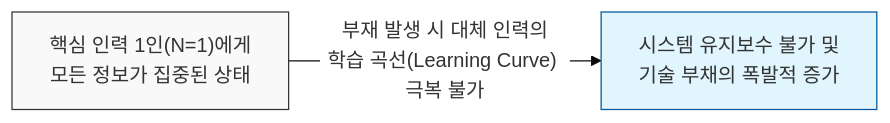
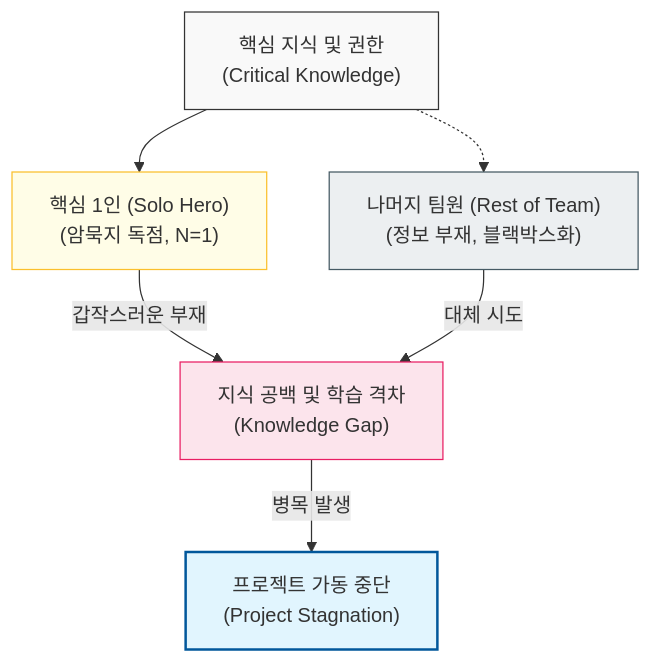
One commit to jeonck/ai-sw-engineering changed the second of 2 diagrams in docs/laws/bus-factor.md. Above: the diagram before and after it, drawn with Mermaid. The commit also changed other lines of this file and 29 other files, not shown here.

````diff
--- a/docs/laws/bus-factor.md
+++ b/docs/laws/bus-factor.md
@@ -29,7 +30,16 @@
 ```mermaid
-%%{init: { 'theme': 'base', 'themeVariables': { 'edgeLabelBackground': '#fff' }}}%%
-flowchart LR
-    A2["핵심 인력 1인(N=1)에게\n모든 정보가 집중된 상태"] -- "부재 발생 시 대체 인력의\n학습 곡선(Learning Curve) 극복 불가" --> B2["시스템 유지보수 불가 및\n기술 부채의 폭발적 증가"]
-    style A2 fill:#f9f9f9,stroke:#333,stroke-width:1px
-    style B2 fill:#e1f5fe,stroke:#01579b,stroke-width:1px
+graph TD
+    Knowledge["핵심 지식 및 권한\n(Critical Knowledge)"] --> Hero["핵심 1인 (Solo Hero)\n(암묵지 독점, N=1)"]
+    Knowledge -.-> Team["나머지 팀원 (Rest of Team)\n(정보 부재, 블랙박스화)"]
+    
+    Hero -- "갑작스러운 부재" --> Gap["지식 공백 및 학습 격차\n(Knowledge Gap)"]
+    Team -- "대체 시도" --> Gap
+    
+    Gap -- "병목 발생" --> Halt["프로젝트 가동 중단\n(Project Stagnation)"]
+    
+    style Knowledge fill:#f9f9f9,stroke:#333,stroke-width:1px
+    style Hero fill:#fffde7,stroke:#fbc02d,stroke-width:1px
+    style Team fill:#eceff1,stroke:#455a64,stroke-width:1px
+    style Gap fill:#fce4ec,stroke:#e91e63,stroke-width:1px
+    style Halt fill:#e1f5fe,stroke:#01579b,stroke-width:2px
 ```
````
